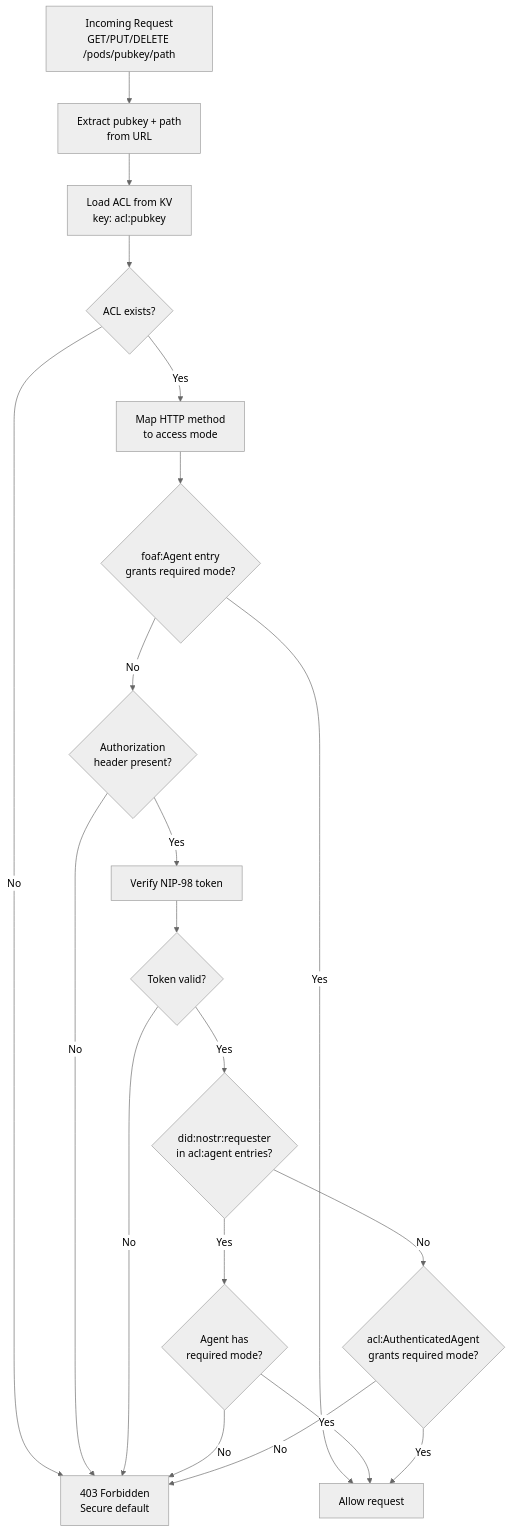
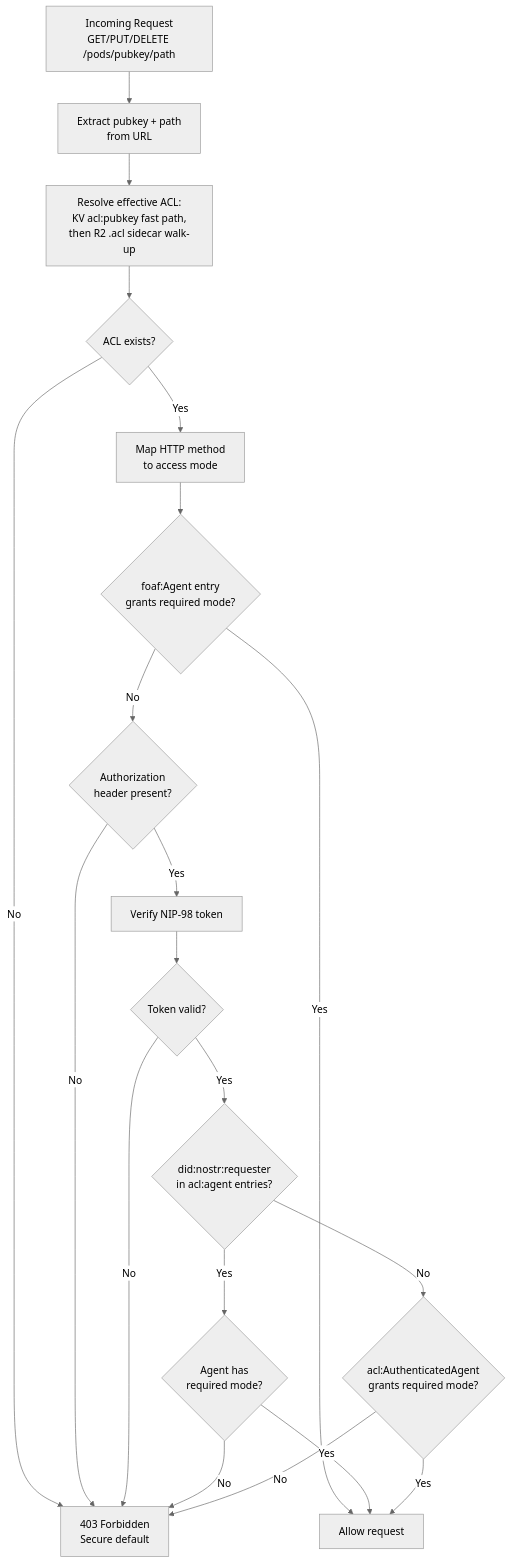
The first of 2 diagrams in docs/api/POD_API.md (DreamLab-AI/dreamlab-ai-website), drawn with Mermaid (neutral theme) before and after one commit. The commit also changed other lines of this file and 25 other files, not shown here.

First line of the commit message:
docs(diagrams): verify mermaid diagrams against deployed code; refresh pins, label aspirational flows and known gaps

````diff
--- a/docs/api/POD_API.md
+++ b/docs/api/POD_API.md
@@ -76,22 +76,22 @@
 ```mermaid
 flowchart TD
     REQ[Incoming Request<br/>GET/PUT/DELETE /pods/pubkey/path] --> EXTRACT[Extract pubkey + path<br/>from URL]
-    EXTRACT --> LOAD_ACL[Load ACL from KV<br/>key: acl:pubkey]
+    EXTRACT --> LOAD_ACL["Resolve effective ACL:<br/>KV acl:pubkey fast path,<br/>then R2 .acl sidecar walk-up"]
     LOAD_ACL --> ACL_EXISTS{ACL exists?}
     ACL_EXISTS -- No --> DENY[403 Forbidden<br/>Secure default]
     ACL_EXISTS -- Yes --> MAP_METHOD[Map HTTP method<br/>to access mode]
     MAP_METHOD --> CHECK_PUBLIC{foaf:Agent entry<br/>grants required mode?}
     CHECK_PUBLIC -- Yes --> ALLOW[Allow request]
     CHECK_PUBLIC -- No --> HAS_AUTH{Authorization<br/>header present?}
     HAS_AUTH -- No --> DENY
     HAS_AUTH -- Yes --> VERIFY_NIP98[Verify NIP-98 token]
     VERIFY_NIP98 --> VALID{Token valid?}
     VALID -- No --> DENY
     VALID -- Yes --> CHECK_AGENT{did:nostr:requester<br/>in acl:agent entries?}
     CHECK_AGENT -- Yes --> MODE_OK{Agent has<br/>required mode?}
     MODE_OK -- Yes --> ALLOW
     MODE_OK -- No --> DENY
     CHECK_AGENT -- No --> CHECK_AUTH_CLASS{acl:AuthenticatedAgent<br/>grants required mode?}
     CHECK_AUTH_CLASS -- Yes --> ALLOW
     CHECK_AUTH_CLASS -- No --> DENY
 ```
````
